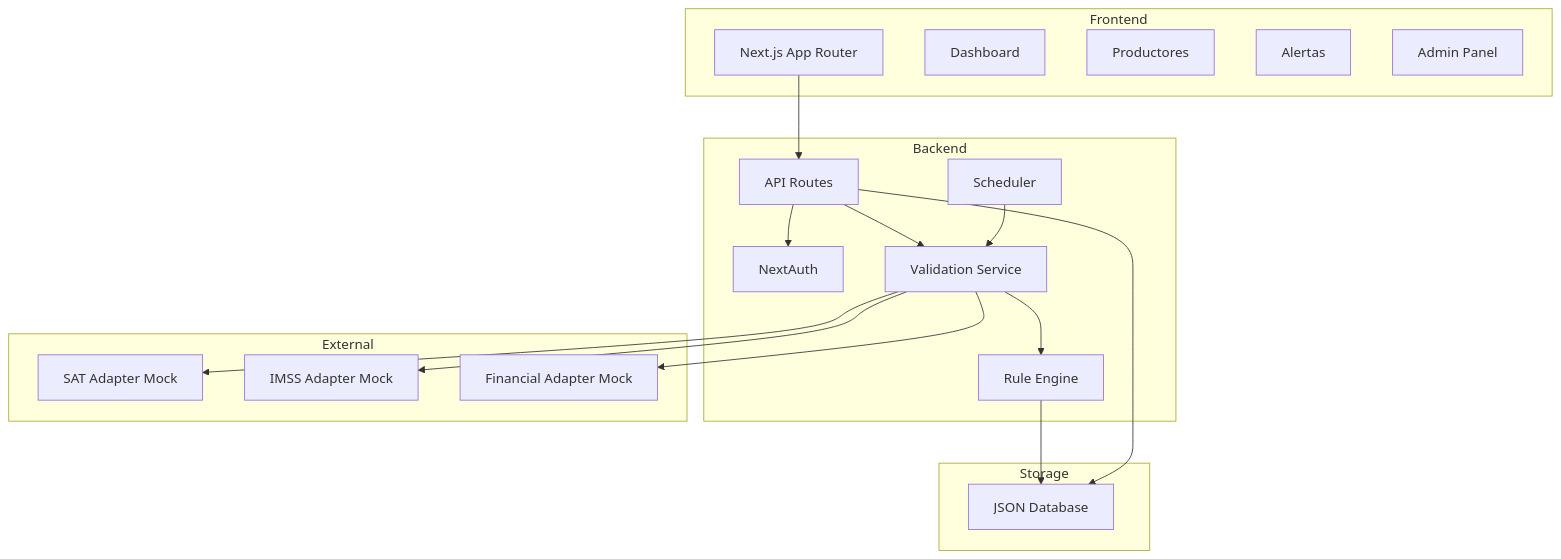
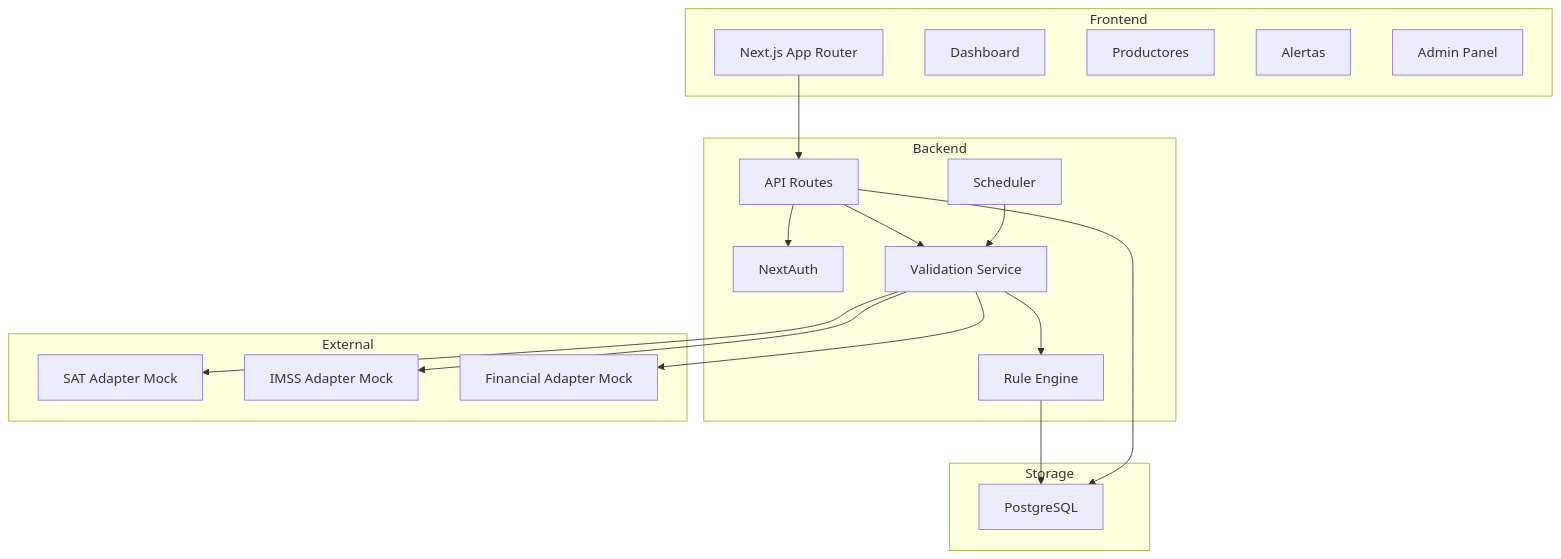
Before and after one commit to rborbollamf/Portal-Driscolls-V3: the diagram in README.md, drawn with Mermaid. The commit also changed other lines of this file and 28 other files, not shown here.

First line of the commit message:
Migrate portal persistence from JSON to transactional PostgreSQL

````diff
--- a/README.md
+++ b/README.md
@@ -131,39 +132,39 @@
 ```mermaid
 graph TB
     subgraph Frontend
         A[Next.js App Router]
         B[Dashboard]
         C[Productores]
         D[Alertas]
         E[Admin Panel]
     end
     
     subgraph Backend
         F[API Routes]
         G[NextAuth]
         H[Validation Service]
         I[Rule Engine]
         J[Scheduler]
     end
     
     subgraph Storage
-        K[JSON Database]
+        K[PostgreSQL]
     end
     
     subgraph External
         L[SAT Adapter Mock]
         M[IMSS Adapter Mock]
         N[Financial Adapter Mock]
     end
     
     A --> F
     F --> G
     F --> H
     H --> I
     H --> L
     H --> M
     H --> N
     I --> K
     J --> H
     F --> K
 ```
````
